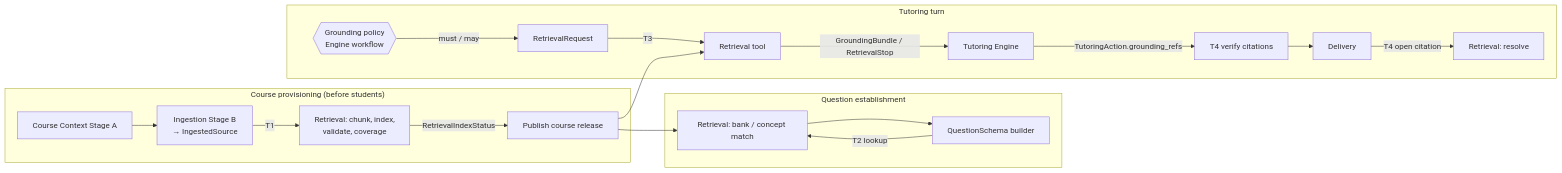
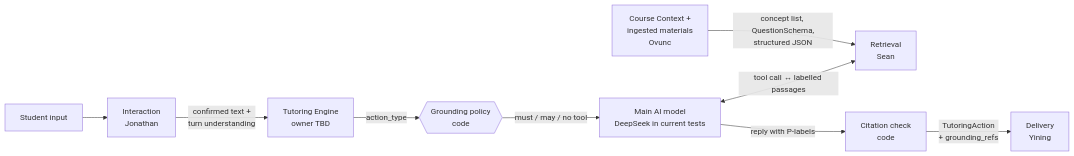
One commit to digital-professor-lab/digital-professor changed the diagram in specs/rag-retrieval.md. Above: the diagram before and after it, drawn with Mermaid. The commit also changed other lines of this file and 4 other files, not shown here.

````diff
--- a/specs/rag-retrieval.md
+++ b/specs/rag-retrieval.md
@@ -91,22 +66,11 @@
 ```mermaid
 flowchart LR
-    subgraph Setup["Course provisioning (before students)"]
-        CC[Course Context Stage A] --> ING[Ingestion Stage B<br/>→ IngestedSource]
-        ING -->|T1| IDX[Retrieval: chunk, index,<br/>validate, coverage]
-        IDX -->|RetrievalIndexStatus| PUB[Publish course release]
-    end
-    subgraph QS["Question establishment"]
-        QB[QuestionSchema builder] -->|T2 lookup| LK[Retrieval: bank / concept match]
-        LK --> QB
-    end
-    subgraph Turn["Tutoring turn"]
-        POL{{Grounding policy<br/>Engine workflow}} -->|must / may| RQ[RetrievalRequest]
-        RQ -->|T3| RET[Retrieval tool]
-        RET -->|GroundingBundle / RetrievalStop| ENG[Tutoring Engine]
-        ENG -->|TutoringAction.grounding_refs| VER[T4 verify citations]
-        VER --> DEL[Delivery]
-        DEL -->|T4 open citation| RES[Retrieval: resolve]
-    end
-    PUB --> LK
-    PUB --> RET
+    S[Student input] --> I[Interaction<br/>Jonathan]
+    CC[Course Context +<br/>ingested materials<br/>Ovunc] -->|concept list, QuestionSchema,<br/>structured JSON| R
+    I -->|confirmed text +<br/>turn understanding| E[Tutoring Engine<br/>owner TBD]
+    E -->|action_type| P{{Grounding policy<br/>code}}
+    P -->|must / may / no tool| M[Main AI model<br/>DeepSeek in current tests]
+    M <-->|tool call ↔ labelled passages| R[Retrieval<br/>Sean]
+    M -->|reply with P-labels| C[Citation check<br/>code]
+    C -->|TutoringAction<br/>+ grounding_refs| D[Delivery<br/>Yining]
 ```
````
